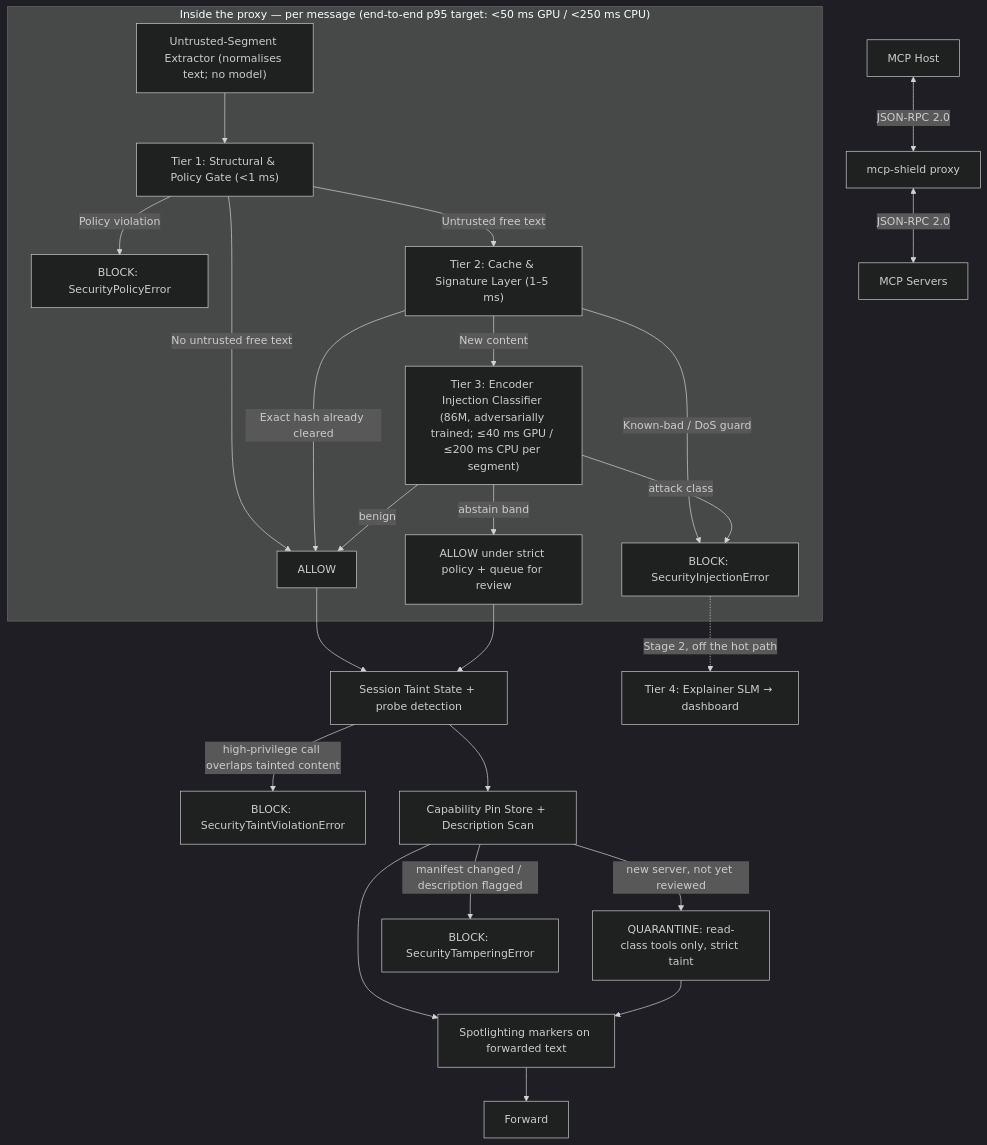
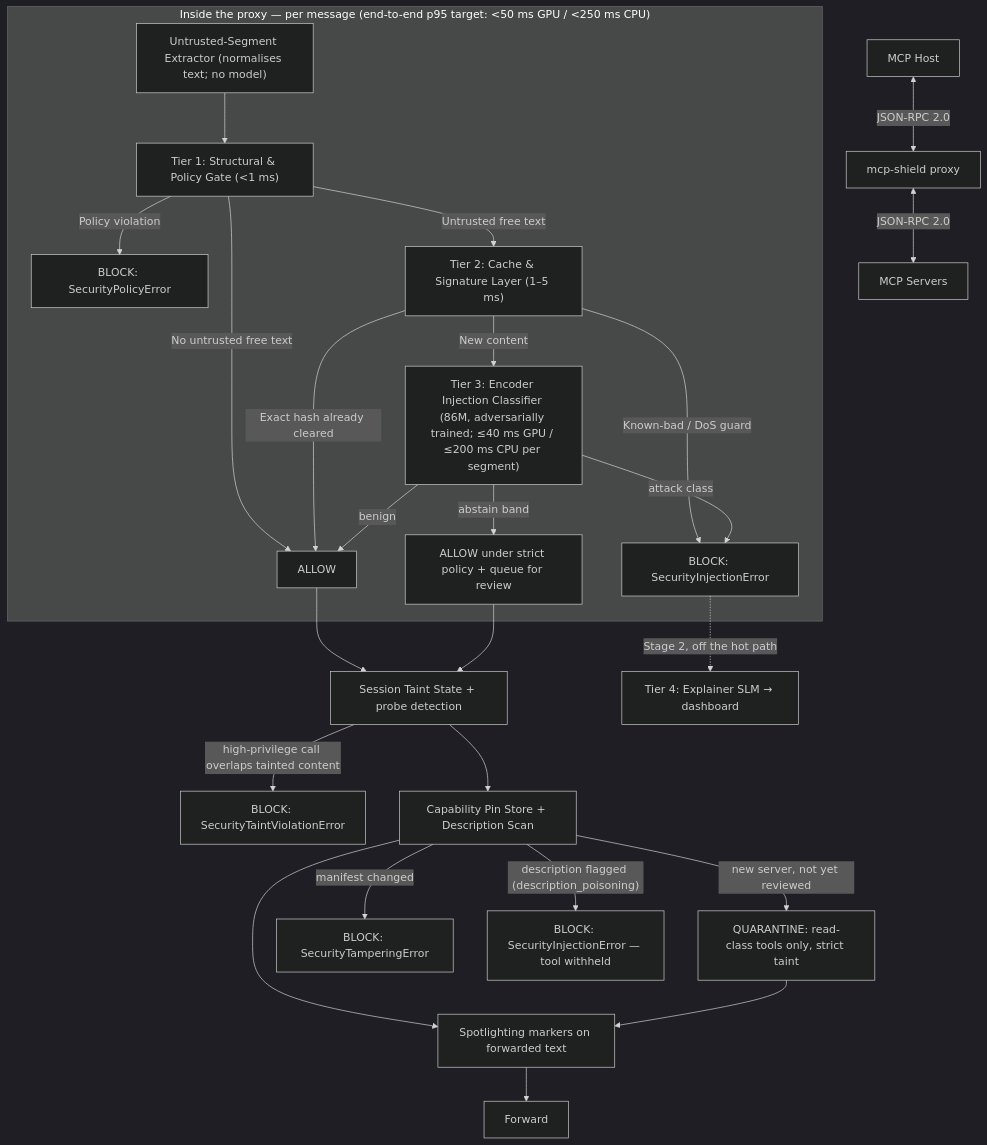
The ninth of 10 diagrams in MCP-Shield Complete Presentation Script & Project Blueprint.md (rishikeshvarma/MCP-Shield), drawn with Mermaid (dark theme) before and after one commit. The commit also changed 10 other files, not shown here.

First line of the commit message:
Fix the review findings: Fig 3 no-oracle, description_poisoning error class, drift

````diff
--- a/MCP-Shield Complete Presentation Script & Project Blueprint.md
+++ b/MCP-Shield Complete Presentation Script & Project Blueprint.md
@@ -329,29 +329,30 @@
 ```mermaid
 graph TD
     Host["MCP Host"] <-->|"JSON-RPC 2.0"| Proxy["mcp-shield proxy"]
     Proxy <-->|"JSON-RPC 2.0"| Servers["MCP Servers"]
 
     subgraph Cascade["Inside the proxy — per message (end-to-end p95 target: <50 ms GPU / <250 ms CPU)"]
         Ext["Untrusted-Segment Extractor (normalises text; no model)"] --> T1["Tier 1: Structural & Policy Gate (<1 ms)"]
         T1 -->|"Policy violation"| Deny1["BLOCK: SecurityPolicyError"]
         T1 -->|"No untrusted free text"| Pass["ALLOW"]
         T1 -->|"Untrusted free text"| T2["Tier 2: Cache & Signature Layer (1–5 ms)"]
         T2 -->|"Exact hash already cleared"| Pass
         T2 -->|"Known-bad / DoS guard"| Deny2["BLOCK: SecurityInjectionError"]
         T2 -->|"New content"| T3["Tier 3: Encoder Injection Classifier (86M, adversarially trained; ≤40 ms GPU / ≤200 ms CPU per segment)"]
         T3 -->|"benign"| Pass
         T3 -->|"abstain band"| Abst["ALLOW under strict policy + queue for review"]
         T3 -->|"attack class"| Deny2
     end
 
     Pass --> Taint["Session Taint State + probe detection"]
     Abst --> Taint
     Taint -->|"high-privilege call overlaps tainted content"| Deny3["BLOCK: SecurityTaintViolationError"]
     Taint --> Pin["Capability Pin Store + Description Scan"]
     Pin -->|"new server, not yet reviewed"| Quar["QUARANTINE: read-class tools only, strict taint"]
-    Pin -->|"manifest changed / description flagged"| Deny4["BLOCK: SecurityTamperingError"]
+    Pin -->|"manifest changed"| Deny4["BLOCK: SecurityTamperingError"]
+    Pin -->|"description flagged (description_poisoning)"| Deny5["BLOCK: SecurityInjectionError — tool withheld"]
     Pin --> Spot["Spotlighting markers on forwarded text"]
     Quar --> Spot
     Spot --> Out["Forward"]
     Deny2 -.->|"Stage 2, off the hot path"| T4["Tier 4: Explainer SLM → dashboard"]
 ```
````
